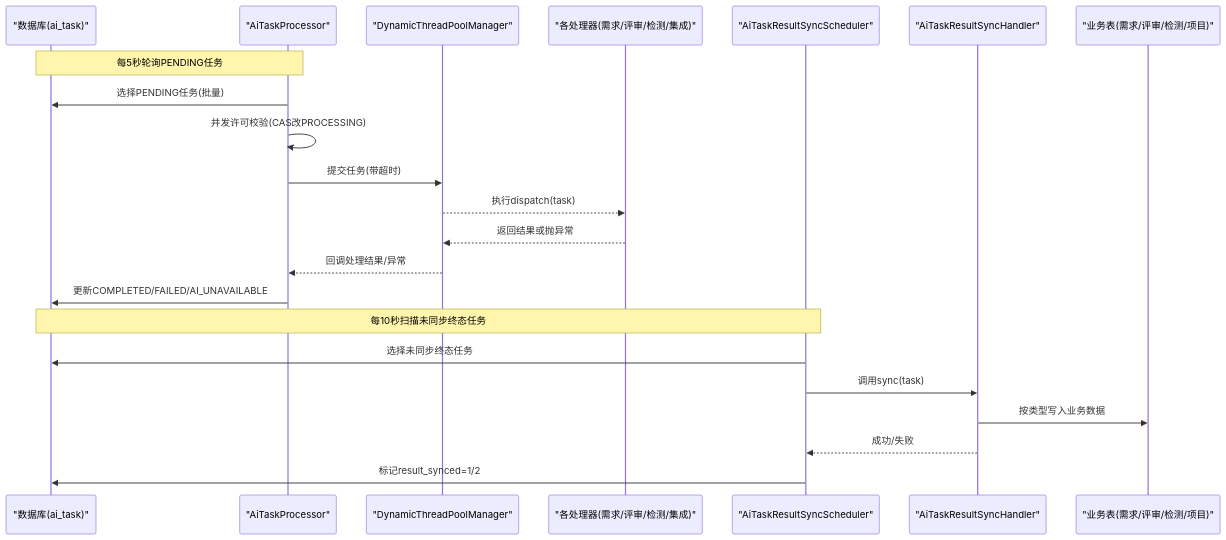
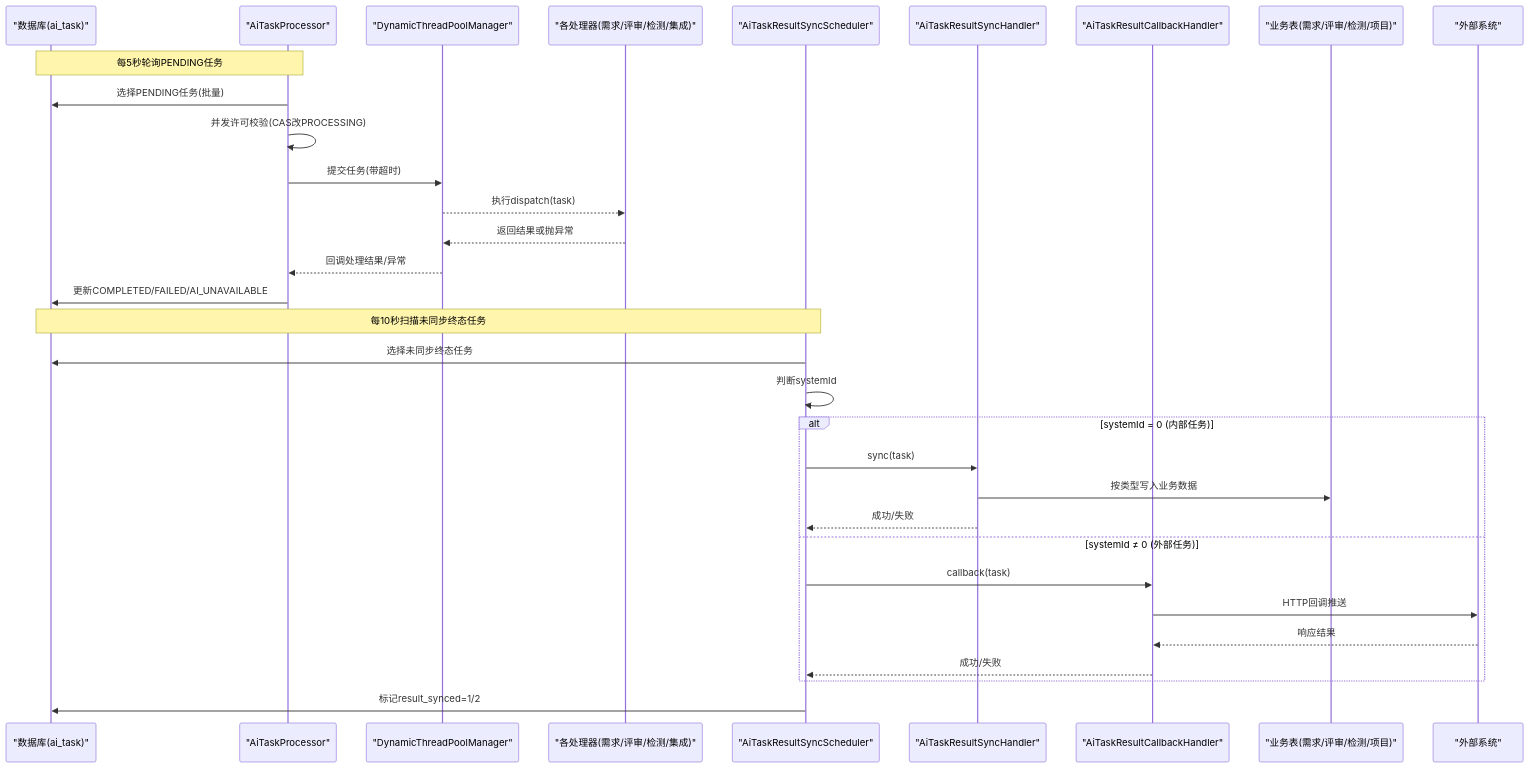
Before and after one commit to DrunkFood/First: the second of 10 diagrams in .qoder/repowiki/zh/content/后端服务/AI处理服务 (ele-ai-tender-ai)/异步任务处理与线程池管理/AI任务生命周期管理.md, drawn with Mermaid. The commit also changed other lines of this file and 58 other files, not shown here.

````diff
--- a/.qoder/repowiki/zh/content/后端服务/AI处理服务 (ele-ai-tender-ai)/异步任务处理与线程池管理/AI任务生命周期管理.md
+++ b/.qoder/repowiki/zh/content/后端服务/AI处理服务 (ele-ai-tender-ai)/异步任务处理与线程池管理/AI任务生命周期管理.md
@@ -109,24 +128,34 @@
 ```mermaid
 sequenceDiagram
 participant DB as "数据库(ai_task)"
 participant Proc as "AiTaskProcessor"
 participant Pool as "DynamicThreadPoolManager"
 participant Exec as "各处理器(需求/评审/检测/集成)"
 participant SyncSch as "AiTaskResultSyncScheduler"
-participant SyncH as "AiTaskResultSyncHandler"
+participant LocalSync as "AiTaskResultSyncHandler"
+participant Callback as "AiTaskResultCallbackHandler"
 participant Biz as "业务表(需求/评审/检测/项目)"
+participant External as "外部系统"
 Note over Proc,DB : 每5秒轮询PENDING任务
 Proc->>DB : 选择PENDING任务(批量)
 Proc->>Proc : 并发许可校验(CAS改PROCESSING)
 Proc->>Pool : 提交任务(带超时)
 Pool-->>Exec : 执行dispatch(task)
 Exec-->>Pool : 返回结果或抛异常
 Pool-->>Proc : 回调处理结果/异常
 Proc->>DB : 更新COMPLETED/FAILED/AI_UNAVAILABLE
 Note over SyncSch,DB : 每10秒扫描未同步终态任务
 SyncSch->>DB : 选择未同步终态任务
-SyncSch->>SyncH : 调用sync(task)
-SyncH->>Biz : 按类型写入业务数据
-SyncH-->>SyncSch : 成功/失败
+SyncSch->>SyncSch : 判断systemId
+alt systemId = 0 (内部任务)
+SyncSch->>LocalSync : sync(task)
+LocalSync->>Biz : 按类型写入业务数据
+LocalSync-->>SyncSch : 成功/失败
+else systemId ≠ 0 (外部任务)
+SyncSch->>Callback : callback(task)
+Callback->>External : HTTP回调推送
+External-->>Callback : 响应结果
+Callback-->>SyncSch : 成功/失败
+end
 SyncSch->>DB : 标记result_synced=1/2
 ```
````
